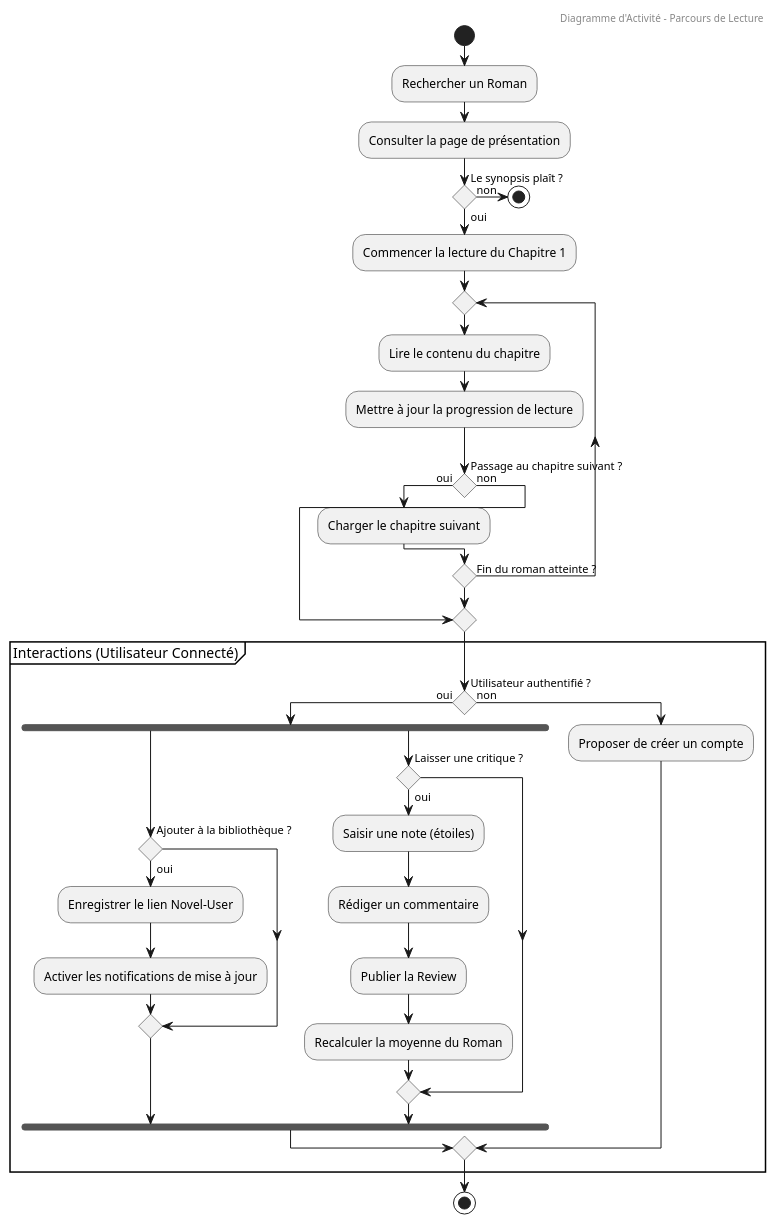
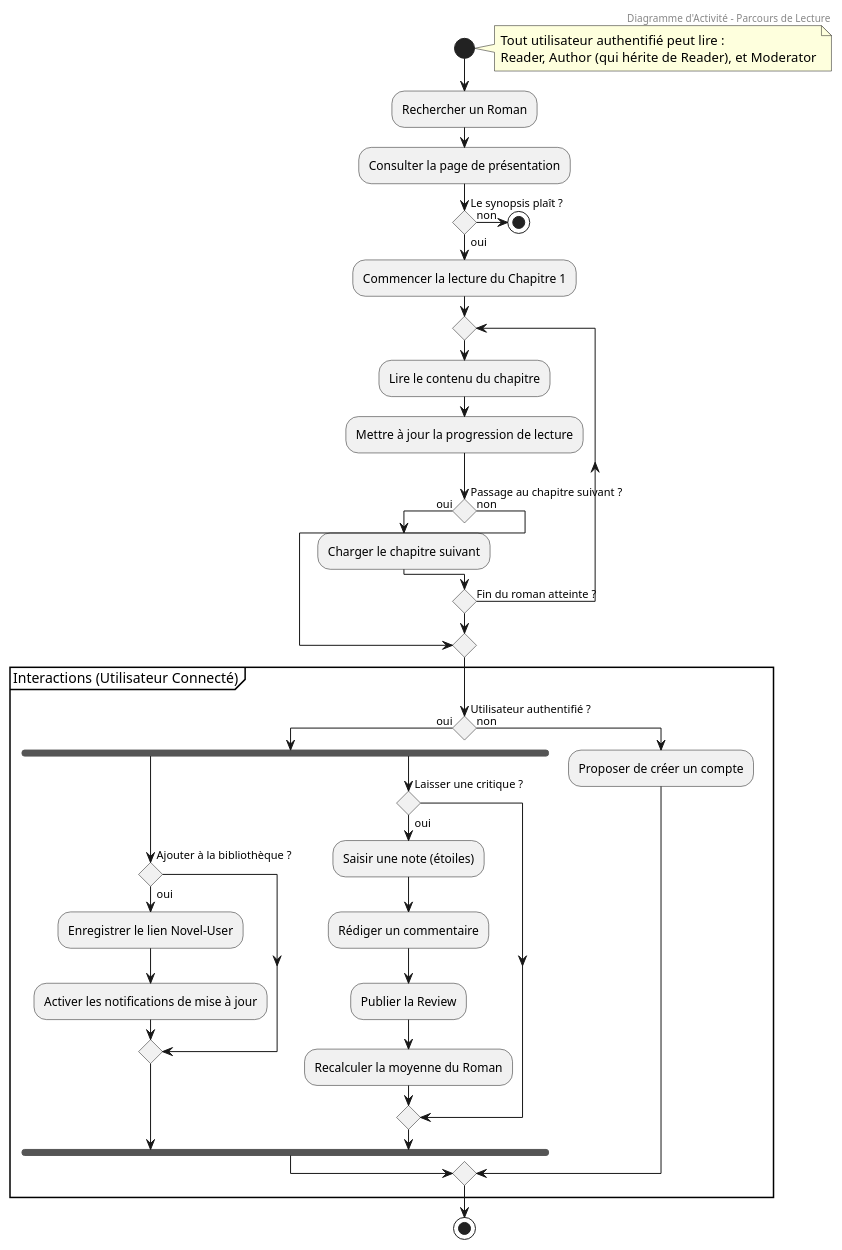
Before and after one commit to matthieuzajac/UML_project: the diagram in src/Activity/reading.wsd, drawn with PlantUML. The commit also changed 9 other files, not shown here.

Commit message:
Modify UML diagrams: Author inherits from Reader and simplify Use Case diagram

```diff
--- a/src/Activity/reading.wsd
+++ b/src/Activity/reading.wsd
@@ -1,48 +1,53 @@
 @startuml activity diagram reading
 header Diagramme d'Activité - Parcours de Lecture
 skinparam conditionStyle diamond
 
 start
+
+note right
+  Tout utilisateur authentifié peut lire :
+  Reader, Author (qui hérite de Reader), et Moderator
+end note
 
 :Rechercher un Roman;
 :Consulter la page de présentation;
 
 if (Le synopsis plaît ?) then (non)
   stop
 else (oui)
   :Commencer la lecture du Chapitre 1;
   
   repeat
     :Lire le contenu du chapitre;
     :Mettre à jour la progression de lecture;
     
     if (Passage au chapitre suivant ?) then (oui)
       :Charger le chapitre suivant;
     else (non)
       break
     endif
   repeat while (Fin du roman atteinte ?) is (non)
 
   partition "Interactions (Utilisateur Connecté)" {
     if (Utilisateur authentifié ?) then (oui)
       fork
         if (Ajouter à la bibliothèque ?) then (oui)
           :Enregistrer le lien Novel-User;
           :Activer les notifications de mise à jour;
         endif
       fork again
         if (Laisser une critique ?) then (oui)
           :Saisir une note (étoiles);
           :Rédiger un commentaire;
           :Publier la Review;
           :Recalculer la moyenne du Roman;
         endif
       end fork
     else (non)
       :Proposer de créer un compte;
     endif
   }
 endif
 
 stop
 @enduml
```
